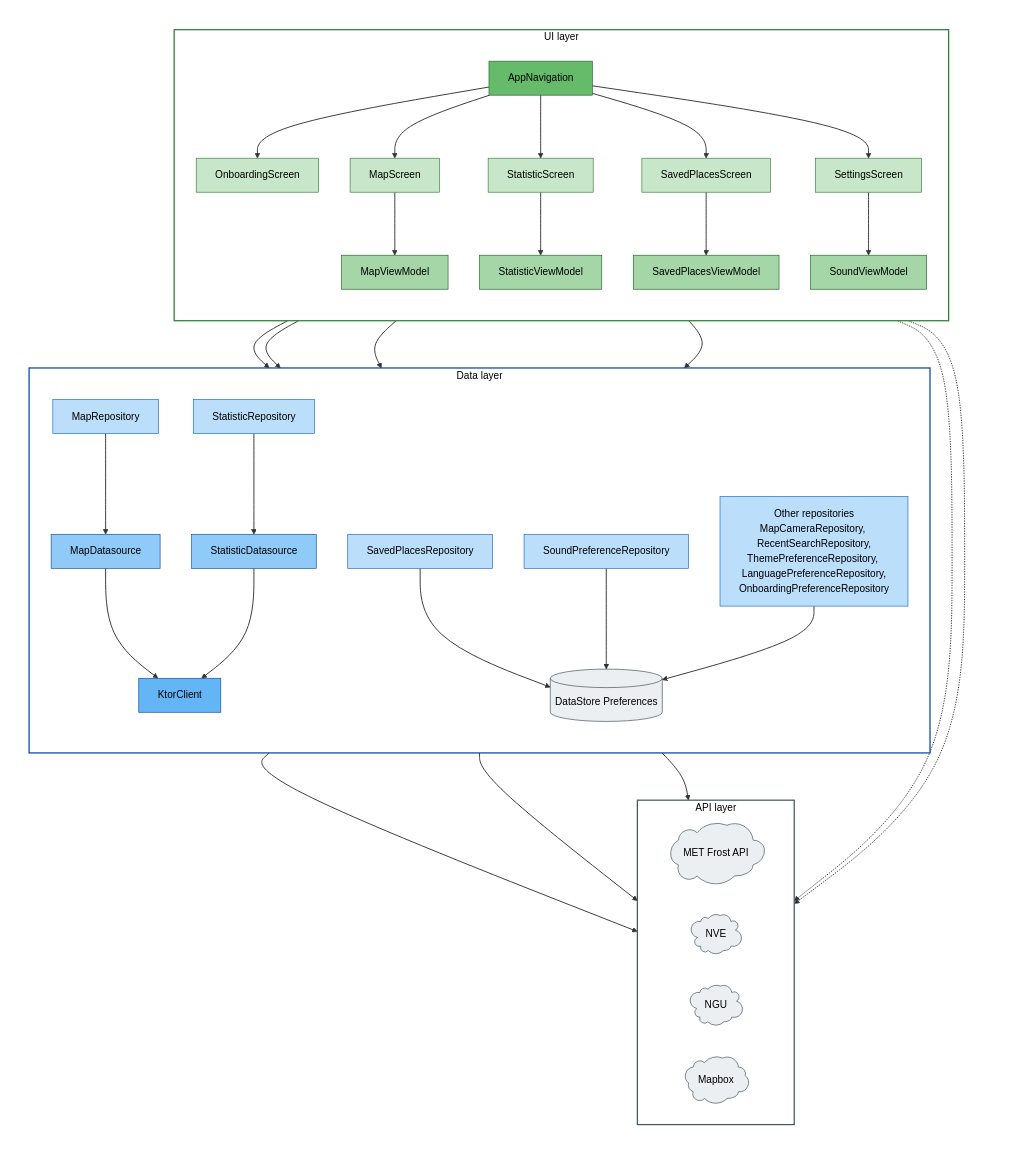
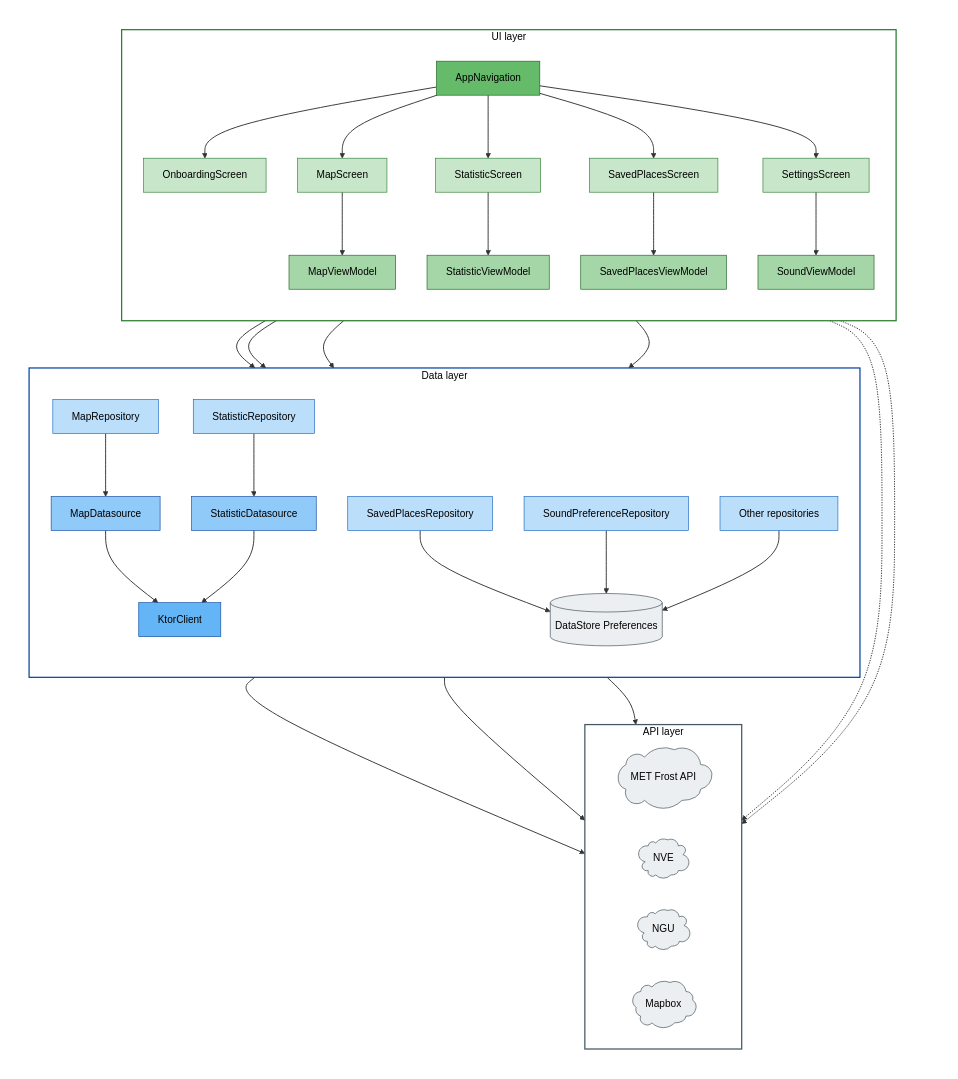
One commit to Dannevanne/klima-app changed the diagram in ARCHITECTURE.md. Above: the diagram before and after it, drawn with Mermaid. The commit also changed other lines of this file, not shown here.

Commit message:
fix: shorten 'Other repositories' label and list contents in prose

```diff
--- a/ARCHITECTURE.md
+++ b/ARCHITECTURE.md
@@ -146,7 +146,7 @@
             StatRepo["StatisticRepository"]:::repo
             SavRepo["SavedPlacesRepository"]:::repo
             SoundRepo["SoundPreferenceRepository"]:::repo
-            OtherRepos["Other repositories<br/>MapCameraRepository, RecentSearchRepository,<br/>ThemePreferenceRepository, LanguagePreferenceRepository,<br/>OnboardingPreferenceRepository"]:::repo
+            OtherRepos["Other repositories"]:::repo
 
             MapDS["MapDatasource"]:::ds
             StatDS["StatisticDatasource"]:::ds
```
